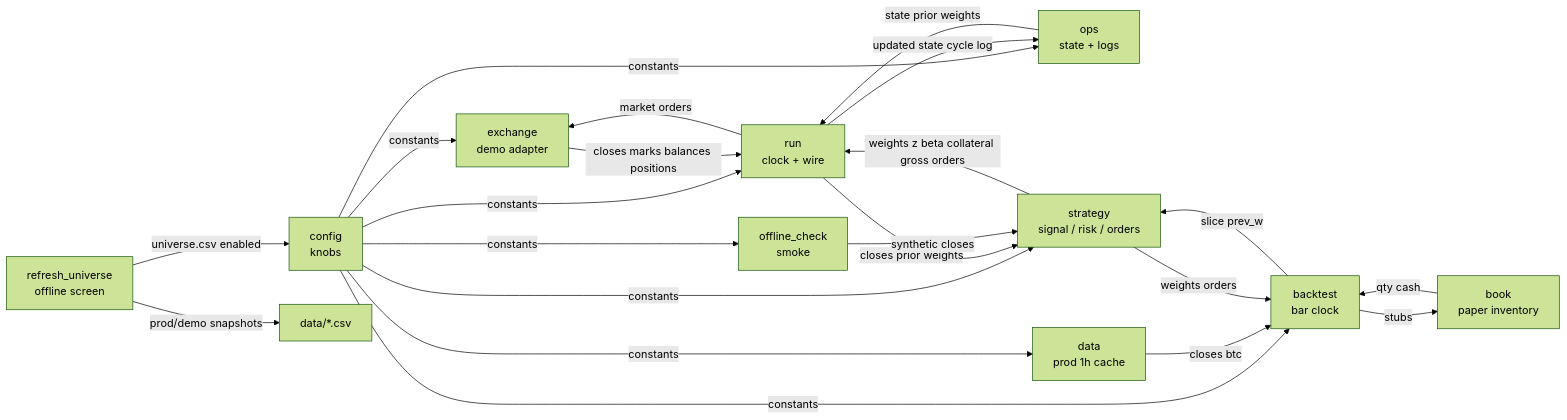
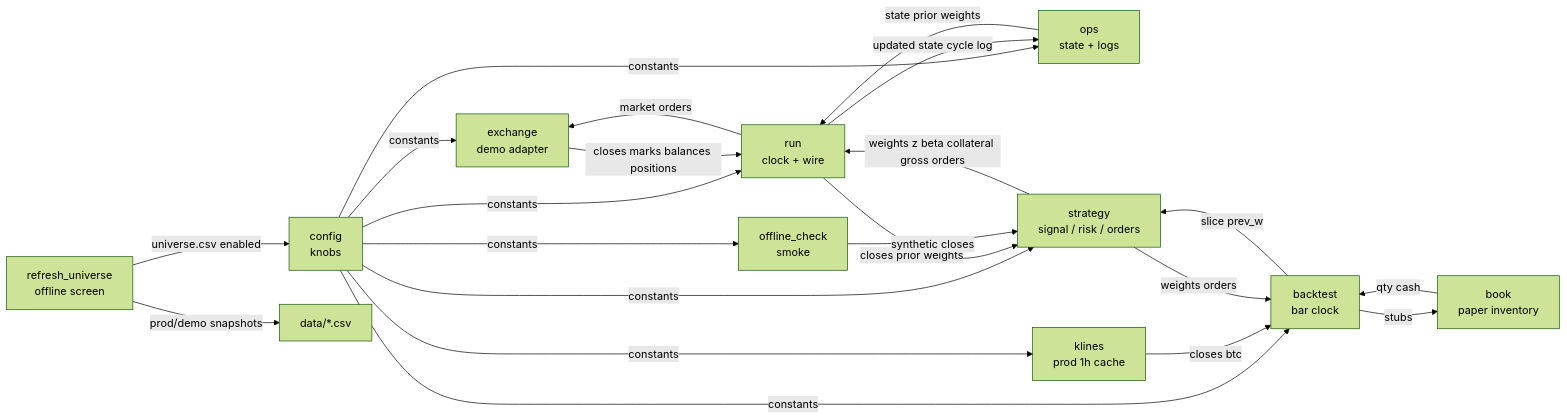
The first of 2 diagrams in docs/residual-trader.md (IsuruMahakumara/an-cszn-core), drawn with Mermaid (forest theme) before and after one commit. The commit also changed other lines of this file and 8 other files, not shown here.

````diff
--- a/docs/residual-trader.md
+++ b/docs/residual-trader.md
@@ -9,35 +11,35 @@
 ```mermaid
 flowchart LR
   config["config<br/>knobs"]
   exchange["exchange<br/>demo adapter"]
   ops["ops<br/>state + logs"]
   strategy["strategy<br/>signal / risk / orders"]
   run["run<br/>clock + wire"]
   offline["offline_check<br/>smoke"]
-  data["data<br/>prod 1h cache"]
+  klines["klines<br/>prod 1h cache"]
   book["book<br/>paper inventory"]
   backtest["backtest<br/>bar clock"]
   screen["refresh_universe<br/>offline screen"]
 
   config -->|constants| exchange
   config -->|constants| strategy
   config -->|constants| ops
   config -->|constants| run
   exchange -->|closes marks balances positions| run
   ops -->|state prior weights| run
   run -->|closes prior weights| strategy
   strategy -->|weights z beta collateral gross orders| run
   run -->|market orders| exchange
   run -->|updated state cycle log| ops
   config -->|constants| offline
   offline -->|synthetic closes| strategy
-  config -->|constants| data
+  config -->|constants| klines
   config -->|constants| backtest
-  data -->|closes btc| backtest
+  klines -->|closes btc| backtest
   backtest -->|slice prev_w| strategy
   strategy -->|weights orders| backtest
   backtest -->|stubs| book
   book -->|qty cash| backtest
   screen -->|universe.csv enabled| config
   screen -->|prod/demo snapshots| disk["data/*.csv"]
 ```
````
